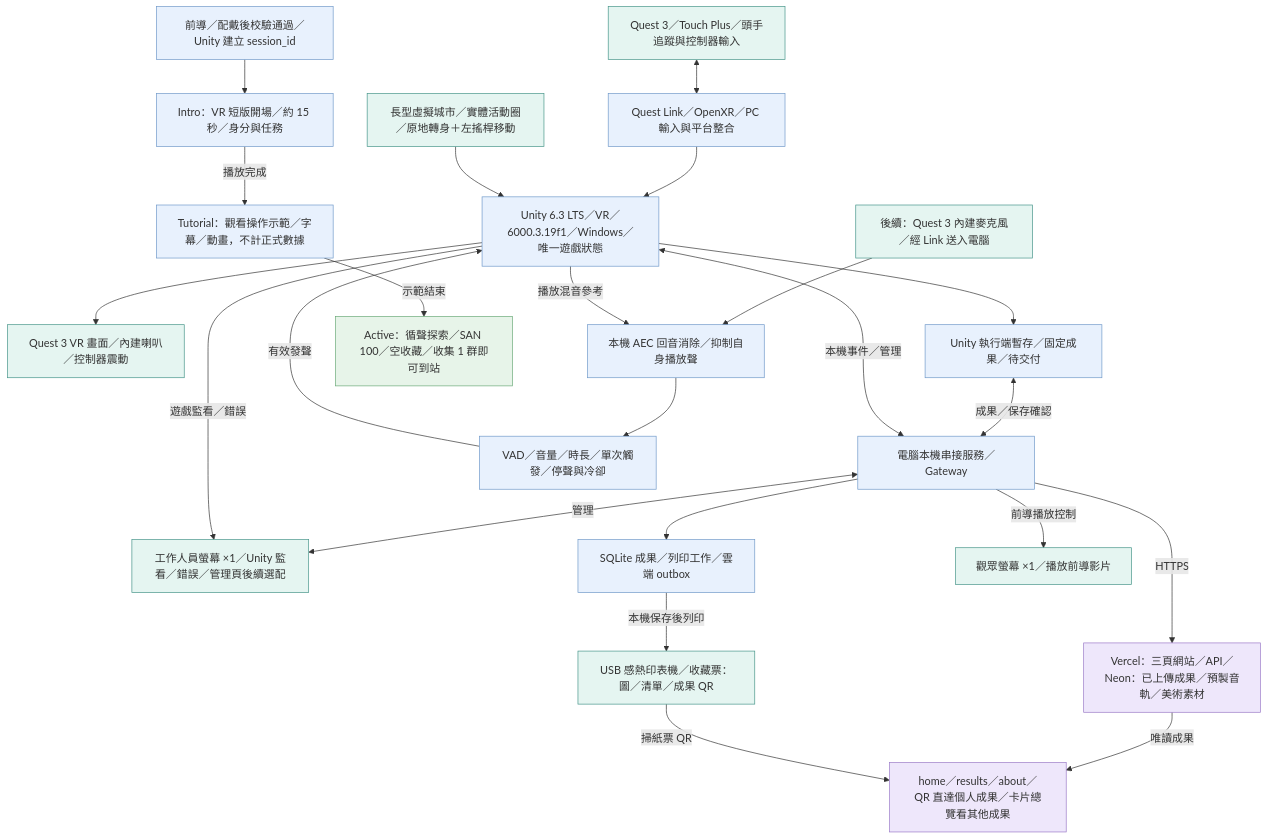
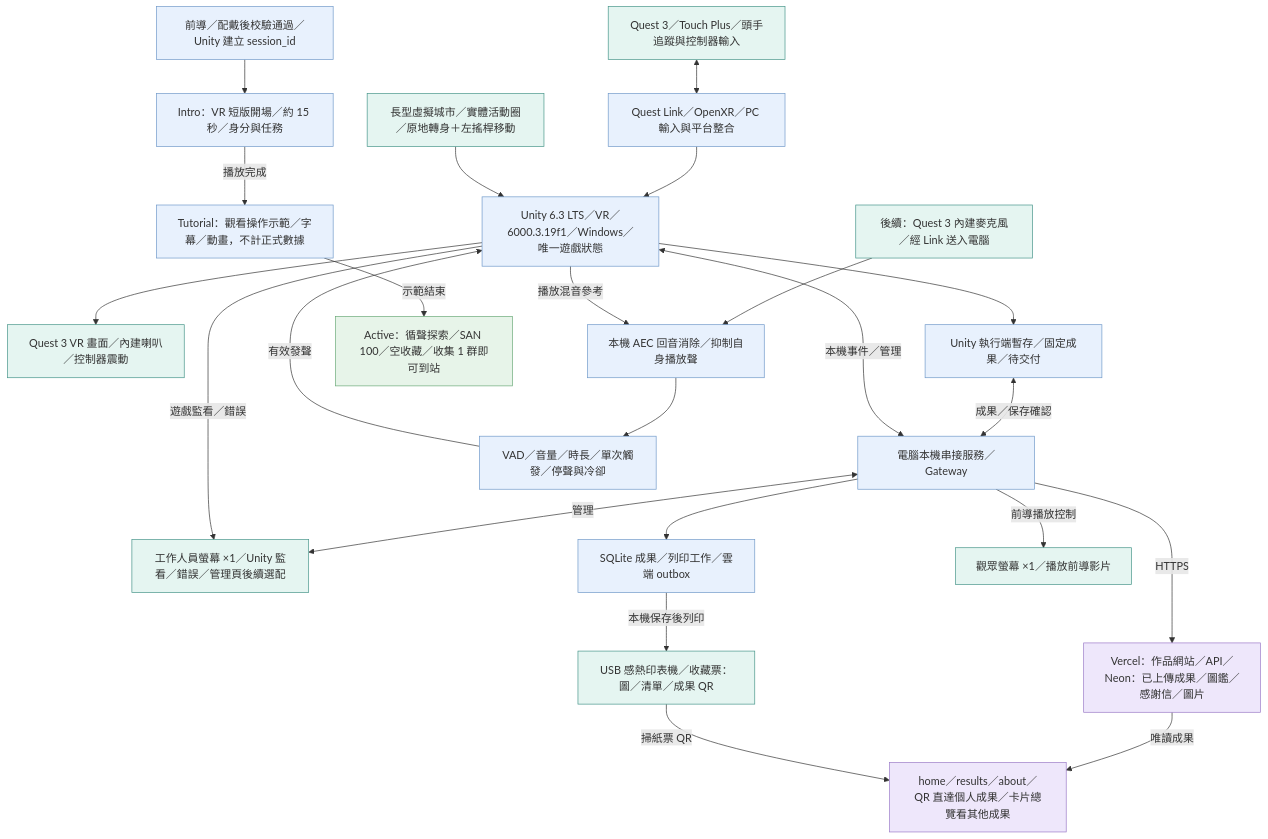
The first of 5 diagrams in docs/docs_vr/技術流程圖.md (fengyenchia/dctProject), drawn with Mermaid before and after one commit. The commit also changed other lines of this file and 61 other files, not shown here.

````diff
--- a/docs/docs_vr/技術流程圖.md
+++ b/docs/docs_vr/技術流程圖.md
@@ -45,65 +45,65 @@
 ```mermaid
 flowchart TD
   quest["Quest 3／Touch Plus／頭手追蹤與控制器輸入"]
   xr["Quest Link／OpenXR／PC 輸入與平台整合"]
   room["長型虛擬城市／實體活動圈／原地轉身＋左搖桿移動"]
   mic["後續：Quest 3 內建麥克風／經 Link 送入電腦"]
   unity["Unity 6.3 LTS／VR／6000.3.19f1／Windows／唯一遊戲狀態"]
   output["Quest 3 VR 畫面／內建喇叭／控制器震動"]
   localPending["Unity 執行端暫存／固定成果／待交付"]
   gateway["電腦本機串接服務／Gateway"]
   admin["工作人員螢幕 ×1／Unity 監看／錯誤／管理頁後續選配"]
   sqlite["SQLite 成果／列印工作／雲端 outbox"]
-  cloud["Vercel：三頁網站／API／Neon：已上傳成果／預製音軌／美術素材"]
+  cloud["Vercel：作品網站／API／Neon：已上傳成果／圖鑑／感謝信／圖片"]
   phone["home／results／about／QR 直達個人成果／卡片總覽看其他成果"]
   aec["本機 AEC 回音消除／抑制自身播放聲"]
   voiceGate["VAD／音量／時長／單次觸發／停聲與冷卻"]
   ticketPrinter["USB 感熱印表機／收藏票：圖／清單／成果 QR"]
   visitorDisplay["觀眾螢幕 ×1／播放前導影片"]
   sessionEntry["前導／配戴後校驗通過／Unity 建立 session_id"]
   vrIntro["Intro：VR 短版開場／約 15 秒／身分與任務"]
   vrTutorial["Tutorial：觀看操作示範／字幕／動畫，不計正式數據"]
   exploreActive["Active：循聲探索／SAN 100／空收藏／收集 1 群即可到站"]
   quest <--> xr
   xr --> unity
   room --> unity
   unity --> output
   unity --> localPending
   localPending <-->|"成果／保存確認"| gateway
   unity <-->|"本機事件／管理"| gateway
   gateway <-->|"管理"| admin
   gateway --> sqlite
   gateway -->|"HTTPS"| cloud
   cloud -->|"唯讀成果"| phone
   mic --> aec
   aec --> voiceGate
   unity -->|"播放混音參考"| aec
   voiceGate -->|"有效發聲"| unity
   sqlite -->|"本機保存後列印"| ticketPrinter
   gateway -->|"前導播放控制"| visitorDisplay
   unity -->|"遊戲監看／錯誤"| admin
   sessionEntry --> vrIntro
   vrIntro -->|"播放完成"| vrTutorial
   vrTutorial -->|"示範結束"| exploreActive
   ticketPrinter -->|"掃紙票 QR"| phone
   style quest fill:#e5f5f1,stroke:#459489
   style xr fill:#e8f1fd,stroke:#7099c9
   style room fill:#e5f5f1,stroke:#459489
   style mic fill:#e5f5f1,stroke:#459489
   style unity fill:#e8f1fd,stroke:#7099c9
   style output fill:#e5f5f1,stroke:#459489
   style localPending fill:#e8f1fd,stroke:#7099c9
   style gateway fill:#e8f1fd,stroke:#7099c9
   style admin fill:#e5f5f1,stroke:#459489
   style sqlite fill:#e8f1fd,stroke:#7099c9
   style cloud fill:#eee7fb,stroke:#9a7ac7
   style phone fill:#eee7fb,stroke:#9a7ac7
   style aec fill:#e8f1fd,stroke:#7099c9
   style voiceGate fill:#e8f1fd,stroke:#7099c9
   style ticketPrinter fill:#e5f5f1,stroke:#459489
   style visitorDisplay fill:#e5f5f1,stroke:#459489
   style sessionEntry fill:#e8f1fd,stroke:#7099c9
   style vrIntro fill:#e8f1fd,stroke:#7099c9
   style vrTutorial fill:#e8f1fd,stroke:#7099c9
   style exploreActive fill:#e7f4e9,stroke:#69a977
 ```
````
